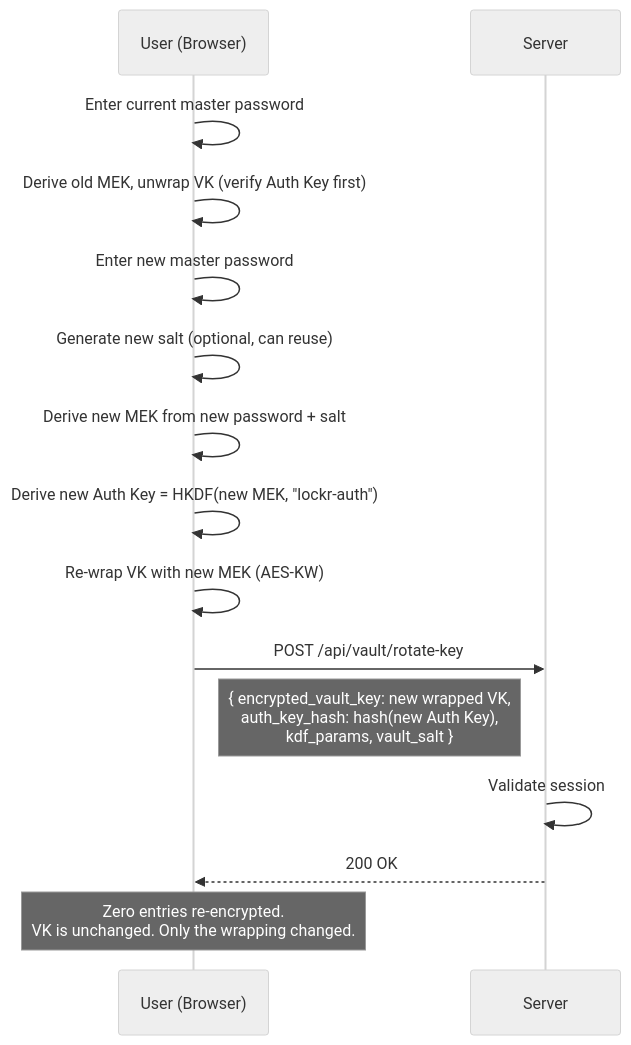
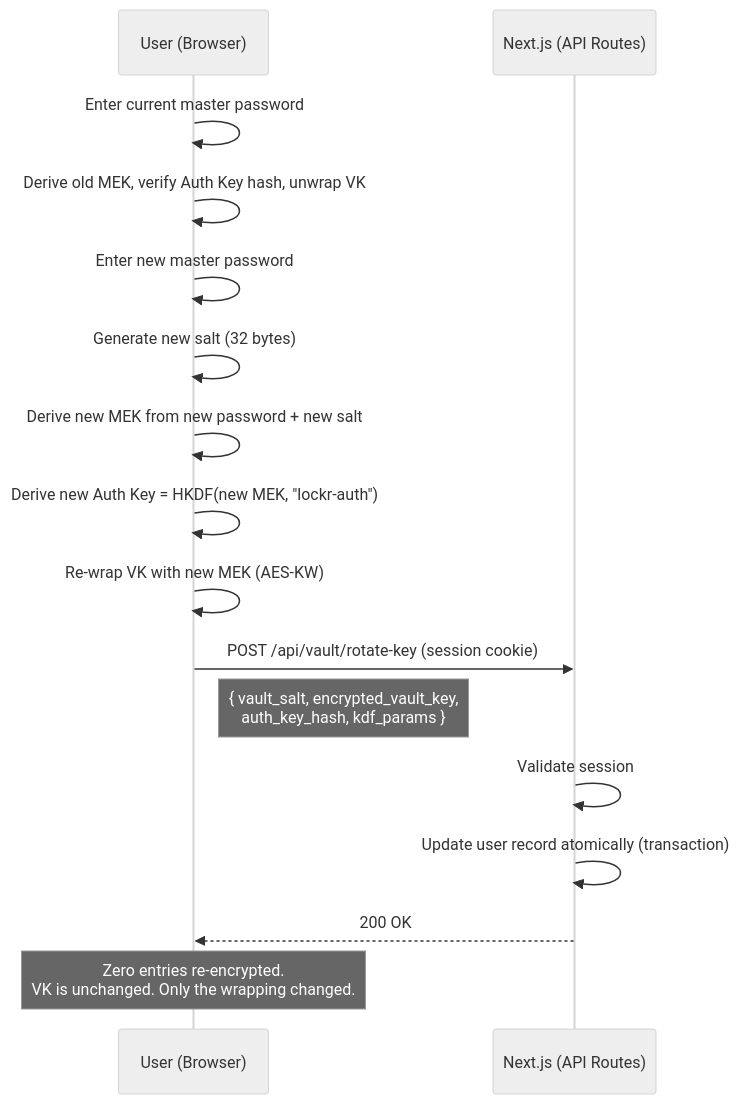
The seventh of 8 diagrams in docs/ARCHITECTURE.md (kunalsinghdadhwal/lockr), drawn with Mermaid (neutral theme) before and after one commit. The commit also changed other lines of this file, not shown here.

````diff
--- a/docs/ARCHITECTURE.md
+++ b/docs/ARCHITECTURE.md
@@ -191,21 +377,22 @@
 ```mermaid
 sequenceDiagram
     participant U as User (Browser)
-    participant S as Server
+    participant N as Next.js (API Routes)
 
     U->>U: Enter current master password
-    U->>U: Derive old MEK, unwrap VK (verify Auth Key first)
+    U->>U: Derive old MEK, verify Auth Key hash, unwrap VK
 
     U->>U: Enter new master password
-    U->>U: Generate new salt (optional, can reuse)
-    U->>U: Derive new MEK from new password + salt
+    U->>U: Generate new salt (32 bytes)
+    U->>U: Derive new MEK from new password + new salt
     U->>U: Derive new Auth Key = HKDF(new MEK, "lockr-auth")
     U->>U: Re-wrap VK with new MEK (AES-KW)
 
-    U->>S: POST /api/vault/rotate-key
-    Note right of U: { encrypted_vault_key: new wrapped VK,<br/>auth_key_hash: hash(new Auth Key),<br/>kdf_params, vault_salt }
-    S->>S: Validate session
-    S-->>U: 200 OK
+    U->>N: POST /api/vault/rotate-key (session cookie)
+    Note right of U: { vault_salt, encrypted_vault_key,<br/>auth_key_hash, kdf_params }
+    N->>N: Validate session
+    N->>N: Update user record atomically (transaction)
+    N-->>U: 200 OK
 
     Note over U: Zero entries re-encrypted.<br/>VK is unchanged. Only the wrapping changed.
 ```
````
